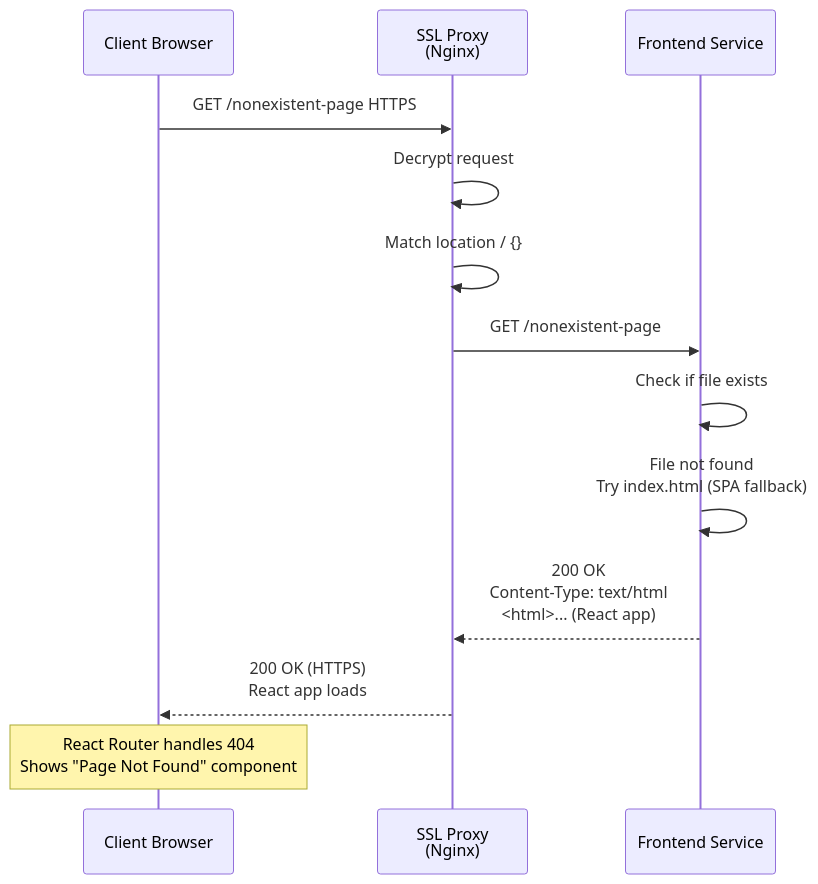
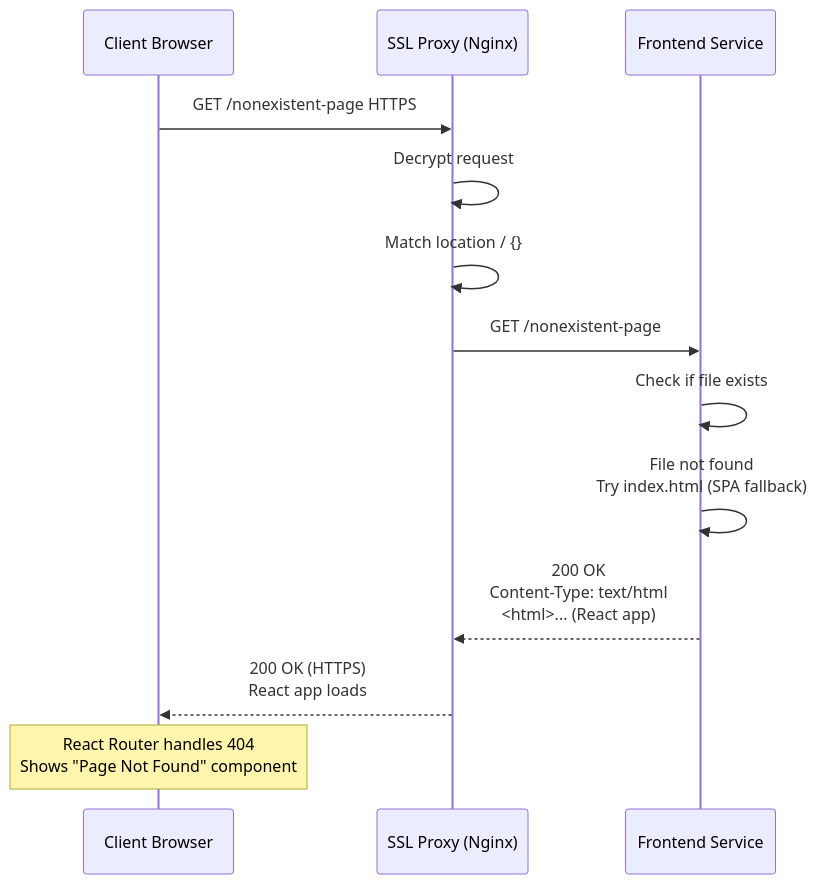
The ninth of 10 diagrams in wiki/Request-Flow.md (softwarewrighter/ssl-proxy-for-do), drawn with Mermaid before and after one commit. The commit also changed other lines of this file and 2 other files, not shown here.

First line of the commit message:
Fix Mermaid sequence diagram syntax errors

````diff
--- a/wiki/Request-Flow.md
+++ b/wiki/Request-Flow.md
@@ -493,22 +493,22 @@
 ```mermaid
 sequenceDiagram
     participant Client as Client Browser
-    participant SSLProxy as SSL Proxy<br/>(Nginx)
+    participant SSLProxy as SSL Proxy (Nginx)
     participant Frontend as Frontend Service
 
     Client->>SSLProxy: GET /nonexistent-page HTTPS
 
     SSLProxy->>SSLProxy: Decrypt request
     SSLProxy->>SSLProxy: Match location / {}
 
     SSLProxy->>Frontend: GET /nonexistent-page
 
     Frontend->>Frontend: Check if file exists
     Frontend->>Frontend: File not found<br/>Try index.html (SPA fallback)
 
     Frontend-->>SSLProxy: 200 OK<br/>Content-Type: text/html<br/><html>... (React app)
 
     SSLProxy-->>Client: 200 OK (HTTPS)<br/>React app loads
 
     Note over Client: React Router handles 404<br/>Shows "Page Not Found" component
 ```
````
